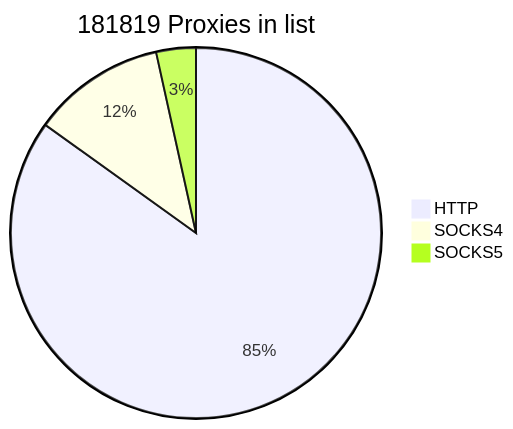
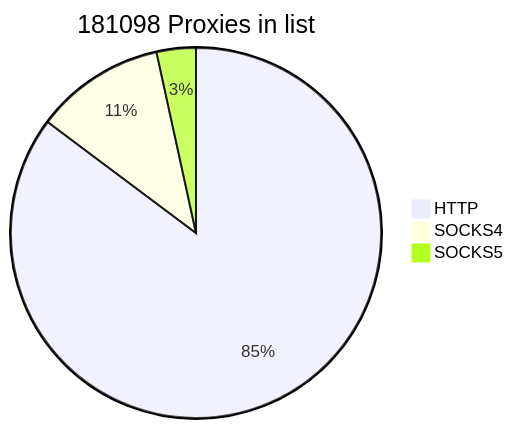
The first of 2 diagrams in README.md (cutipu/proxylist), drawn with Mermaid before and after one commit. The commit also changed other lines of this file, not shown here.

````diff
--- a/README.md
+++ b/README.md
@@ -2,7 +2,7 @@
 ```mermaid
-pie title 181819 Proxies in list
-    "HTTP" : 154373
-    "SOCKS4" : 21158
-    "SOCKS5" : 6288
+pie title 181098 Proxies in list
+    "HTTP" : 154346
+    "SOCKS4" : 20548
+    "SOCKS5" : 6204
             
 ```
````
